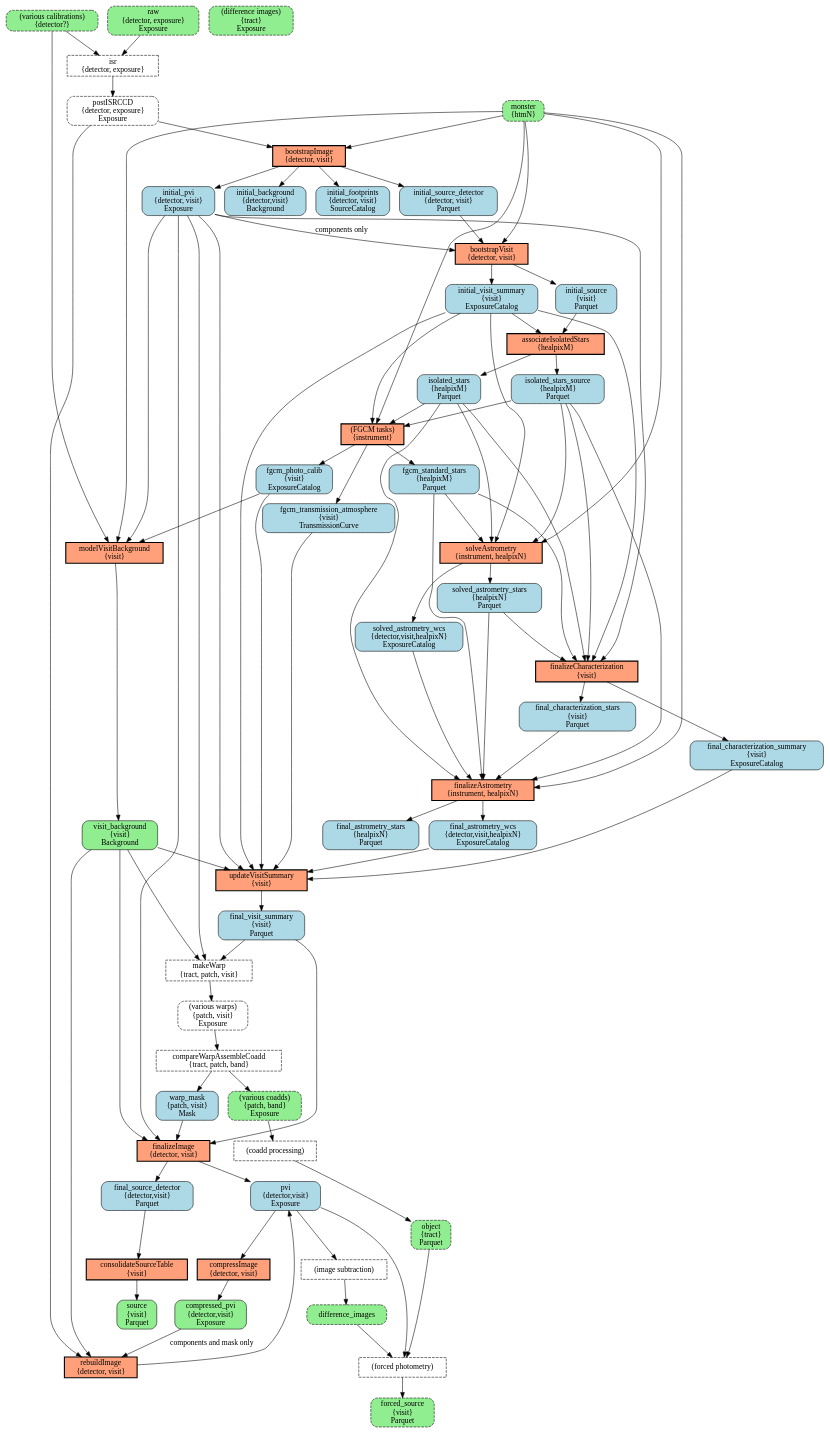
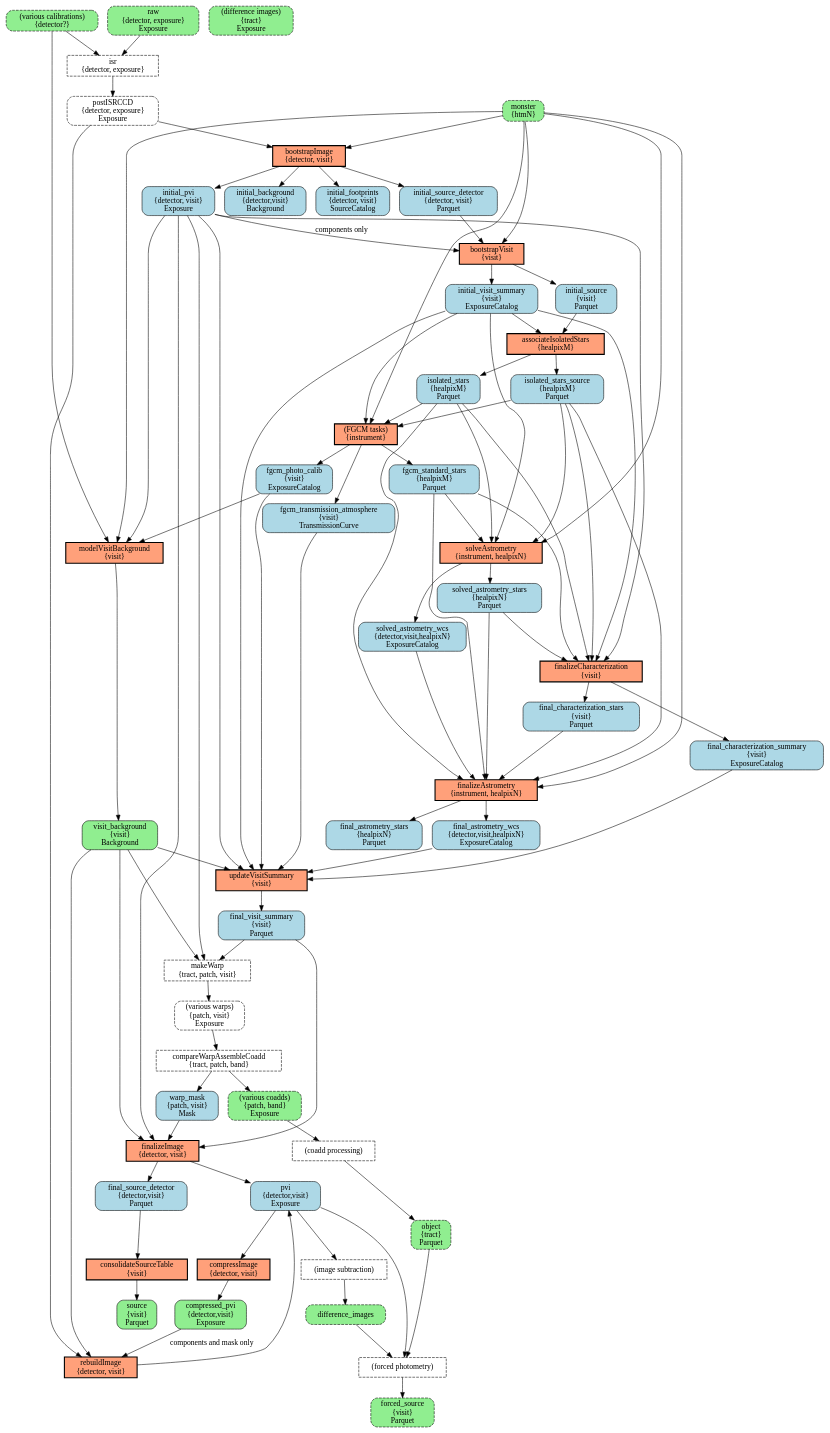
One commit to lsst-dm/dmtn-172 changed the diagram in great-calibration-refactor.dot. Above: the diagram before and after it, drawn with Graphviz.

Commit message:
Fix dimensions for bootstrapVisit.

```diff
--- a/great-calibration-refactor.dot
+++ b/great-calibration-refactor.dot
@@ -1,156 +1,156 @@
 digraph the_original {
     # TODO: merge finalizeCharacterization and updateVisitSummary?
     # PipelineTasks
     node [shape=box,style="dashed"];
     isr [label="isr\n{detector, exposure}"];
     makeWarp [label="makeWarp\n{tract, patch, visit}"];
     compareWarpAssembleCoadd [label="compareWarpAssembleCoadd\n{tract, patch, band}"];
     processCoadds [label="(coadd processing)"];
     subtractImages [label="(image subtraction)"];
     forcedPhot [label="(forced photometry)"];
     node [shape=box,style="filled,bold",fillcolor="lightsalmon"];
     bootstrapImage [label="bootstrapImage\n{detector, visit}"];
-    bootstrapVisit [label="bootstrapVisit\n{detector, visit}"];
+    bootstrapVisit [label="bootstrapVisit\n{visit}"];
     associateIsolatedStars [label="associateIsolatedStars\n{healpixM}"];
     solveAstrometry [label="solveAstrometry\n{instrument, healpixN}"];
     fgcm [label="(FGCM tasks)\n{instrument}"];
     modelVisitBackground [label="modelVisitBackground\n{visit}"];
     finalizeCharacterization [label="finalizeCharacterization\n{visit}"];
     finalizeAstrometry [label="finalizeAstrometry\n{instrument, healpixN}"];
     updateVisitSummary [label="updateVisitSummary\n{visit}"];
     finalizeImage [label="finalizeImage\n{detector, visit}"];
     rebuildImage [label="rebuildImage\n{detector, visit}"];
     consolidateSourceTable [label="consolidateSourceTable\n{visit}"];
     compressImage [label="compressImage\n{detector, visit}"];
     # DatasetTypes
     node [style="rounded,dashed", fillcolor="grey20"];
     postISRCCD [label="postISRCCD\n{detector, exposure}\nExposure"];
     warps [label="(various warps)\n{patch, visit}\nExposure"];
     node [style="rounded,filled", fillcolor="lightblue"];
     initial_pvi [label="initial_pvi\n{detector, visit}\nExposure"];
     initial_background [label="initial_background\n{detector,visit}\nBackground"];
     initial_source_detector [label="initial_source_detector\n{detector, visit}\nParquet"];
     initial_footprints [label="initial_footprints\n{detector, visit}\nSourceCatalog"];
     initial_visit_summary [label="initial_visit_summary\n{visit}\nExposureCatalog"];
     initial_source [label="initial_source\n{visit}\nParquet"];
     isolated_stars_source [label="isolated_stars_source\n{healpixM}\nParquet"];
     isolated_stars [label="isolated_stars\n{healpixM}\nParquet"];
     fgcm_photo_calib [label="fgcm_photo_calib\n{visit}\nExposureCatalog"];
     fgcm_transmission_atmosphere [label="fgcm_transmission_atmosphere\n{visit}\nTransmissionCurve"];
     fgcm_standard_stars [label="fgcm_standard_stars\n{healpixM}\nParquet"];
     solved_astrometry_wcs [label="solved_astrometry_wcs\n{detector,visit,healpixN}\nExposureCatalog"];
     solved_astrometry_stars [label="solved_astrometry_stars\n{healpixN}\nParquet"];
     final_characterization_summary [label="final_characterization_summary\n{visit}\nExposureCatalog"];
     final_characterization_stars [label="final_characterization_stars\n{visit}\nParquet"];
     final_astrometry_wcs [label="final_astrometry_wcs\n{detector,visit,healpixN}\nExposureCatalog"];
     final_astrometry_stars [label="final_astrometry_stars\n{healpixN}\nParquet"];
     final_visit_summary [label="final_visit_summary\n{visit}\nParquet"];
     warp_mask [label="warp_mask\n{patch, visit}\nMask"];
     pvi [label="pvi\n{detector,visit}\nExposure"];
     final_source_detector [label="final_source_detector\n{detector,visit}\nParquet"];
     node [style="rounded,filled", fillcolor="lightgreen"];
     visit_background [label="visit_background\n{visit}\nBackground"];
     source [label="source\n{visit}\nParquet"];
     compressed_pvi [label="compressed_pvi\n{detector,visit}\nExposure"];
     pvi [label="pvi\n{detector,visit}\nExposure"];
     node [style="rounded,dashed,filled", fillcolor="lightgreen"];
     raw [label="raw\n{detector, exposure}\nExposure"];
     calibs [label="(various calibrations)\n{detector?}"];
     coadds [label="(various coadds)\n{patch, band}\nExposure"];
     monster [label="monster\n{htmN}"];
     object [label="object\n{tract}\nParquet"];
     difference_image [label="(difference images)\n{tract}\nExposure"];
     forced_source [label="forced_source\n{visit}\nParquet"];
     # Connections.
     calibs -> isr;
     raw -> isr;
     isr -> postISRCCD;
     postISRCCD -> bootstrapImage;
     monster -> bootstrapImage;
     bootstrapImage -> initial_pvi;
     bootstrapImage -> initial_background;
     bootstrapImage -> initial_source_detector;
     bootstrapImage -> initial_footprints;
     initial_pvi -> bootstrapVisit [label="components only"];
     initial_source_detector -> bootstrapVisit;
     monster -> bootstrapVisit;
     bootstrapVisit -> initial_visit_summary;
     bootstrapVisit -> initial_source;
     initial_source -> associateIsolatedStars;
     initial_visit_summary -> associateIsolatedStars;
     associateIsolatedStars -> isolated_stars_source;
     associateIsolatedStars -> isolated_stars;
     initial_visit_summary -> fgcm;
     isolated_stars -> fgcm;
     isolated_stars_source -> fgcm;
     monster -> fgcm;
     fgcm -> fgcm_photo_calib;
     fgcm -> fgcm_transmission_atmosphere;
     fgcm -> fgcm_standard_stars;
     initial_visit_summary -> solveAstrometry;
     isolated_stars -> solveAstrometry;
     isolated_stars_source -> solveAstrometry;
     monster -> solveAstrometry;
     fgcm_standard_stars -> solveAstrometry;
     solveAstrometry -> solved_astrometry_stars;
     solveAstrometry -> solved_astrometry_wcs;
     initial_pvi -> modelVisitBackground;
     fgcm_photo_calib -> modelVisitBackground;
     monster -> modelVisitBackground;
     calibs -> modelVisitBackground;
     modelVisitBackground -> visit_background;
     initial_pvi -> finalizeCharacterization;
     initial_visit_summary -> finalizeCharacterization;
     isolated_stars -> finalizeCharacterization;
     isolated_stars_source -> finalizeCharacterization;
     fgcm_standard_stars -> finalizeCharacterization;
     solved_astrometry_stars -> finalizeCharacterization;
     finalizeCharacterization -> final_characterization_summary;
     finalizeCharacterization -> final_characterization_stars;
     solved_astrometry_stars -> finalizeAstrometry;
     solved_astrometry_wcs -> finalizeAstrometry;
     final_characterization_stars -> finalizeAstrometry;
     isolated_stars -> finalizeAstrometry;
     isolated_stars_source -> finalizeAstrometry;
     monster -> finalizeAstrometry;
     fgcm_standard_stars -> finalizeAstrometry;
     finalizeAstrometry -> final_astrometry_stars;
     finalizeAstrometry -> final_astrometry_wcs;
     initial_visit_summary -> updateVisitSummary;
     initial_pvi -> updateVisitSummary;
     final_characterization_summary -> updateVisitSummary;
     final_astrometry_wcs -> updateVisitSummary;
     fgcm_photo_calib -> updateVisitSummary;
     visit_background -> updateVisitSummary;
     fgcm_transmission_atmosphere -> updateVisitSummary;
     updateVisitSummary -> final_visit_summary;
     initial_pvi -> makeWarp;
     visit_background -> makeWarp;
     final_visit_summary -> makeWarp;
     makeWarp -> warps;
     warps -> compareWarpAssembleCoadd;
     compareWarpAssembleCoadd -> coadds;
     compareWarpAssembleCoadd -> warp_mask;
     initial_pvi -> finalizeImage;
     warp_mask -> finalizeImage;
     final_visit_summary -> finalizeImage;
     visit_background -> finalizeImage;
     finalizeImage -> pvi;
     finalizeImage -> final_source_detector;
     visit_background -> rebuildImage;
     compressed_pvi -> rebuildImage [label="components and mask only"];
     postISRCCD -> rebuildImage;
     rebuildImage -> pvi;
     final_source_detector -> consolidateSourceTable;
     consolidateSourceTable -> source;
     pvi -> compressImage;
     compressImage -> compressed_pvi;
     coadds -> processCoadds;
     processCoadds -> object
     pvi -> subtractImages;
     subtractImages -> difference_images;
     difference_images -> forcedPhot;
     pvi -> forcedPhot;
     object -> forcedPhot;
     forcedPhot -> forced_source;
 }
```
